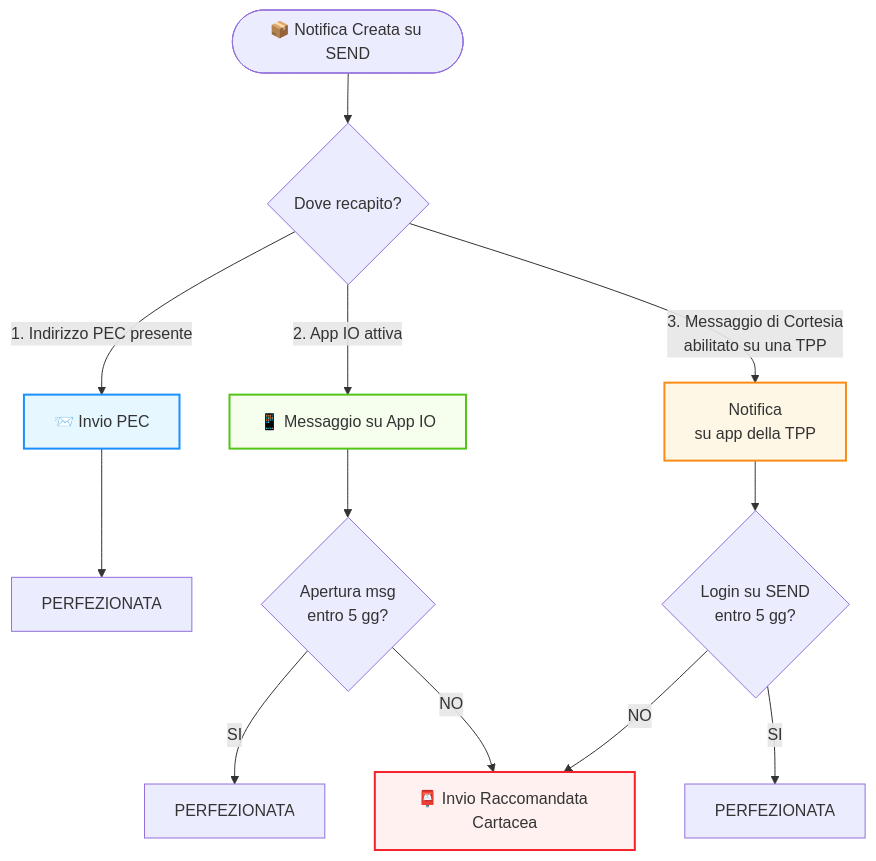
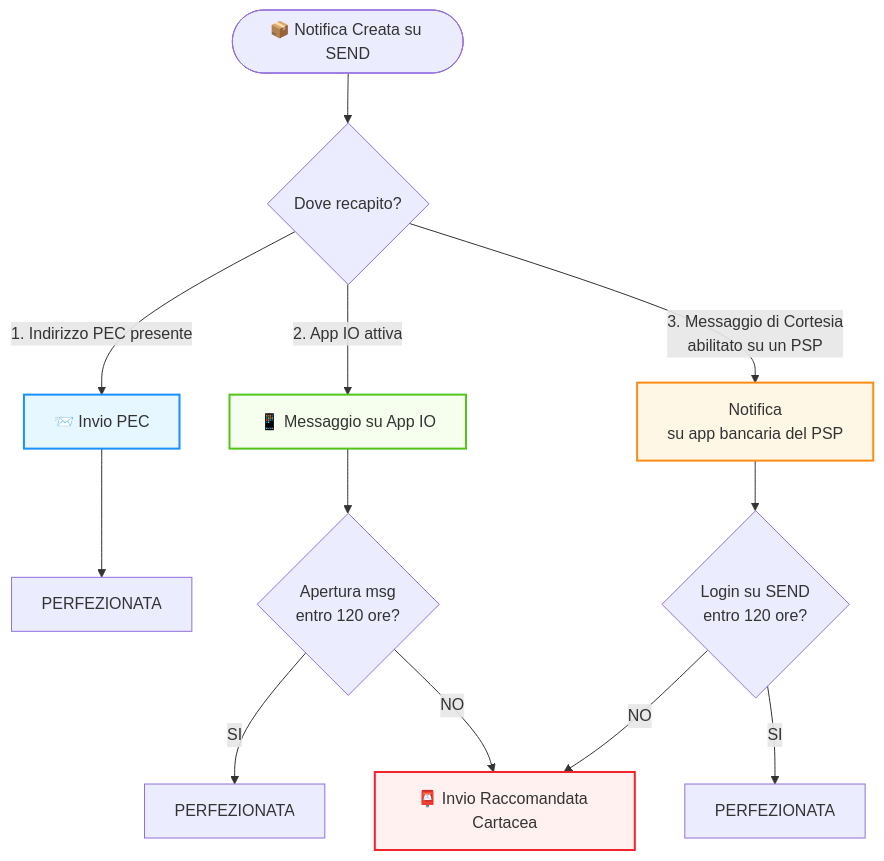
Before and after one commit to pagopa/devportal-docs: the diagram in docs/mdc/manuale-operativo/v1.0/riferimenti-normativi/09-ext-valorelegalenotifica.md, drawn with Mermaid. The commit also changed other lines of this file and 41 other files, not shown here.

````diff
--- a/docs/mdc/manuale-operativo/v1.0/riferimenti-normativi/09-ext-valorelegalenotifica.md
+++ b/docs/mdc/manuale-operativo/v1.0/riferimenti-normativi/09-ext-valorelegalenotifica.md
@@ -43,28 +36,28 @@
 ```mermaid
 flowchart TD
     %% Nodi di Partenza
     Start([📦 Notifica Creata su SEND]) --> CheckDest{Dove recapito?}
 
     %% 1. CANALE LEGALE (PEC)
     CheckDest -- 1. Indirizzo PEC presente --> PEC[📨 Invio PEC]
     PEC --> PerfPEC[PERFEZIONATA]
     style PEC fill:#e6f7ff,stroke:#1890ff,stroke-width:2px
 
     %% 2. CANALE APP IO (Speciale)
     CheckDest -- 2. App IO attiva --> AppIO[📱 Messaggio su App IO]
-    AppIO --> CheckIO{Apertura msg<br>entro 5 gg?}
+    AppIO --> CheckIO{Apertura msg<br>entro 120 ore?}
     CheckIO -- SI --> PerfIO[PERFEZIONATA]
     style AppIO fill:#f6ffed,stroke:#52c41a,stroke-width:2px
 
-    %% 3. CANALE CORTESIA TPP (Mail/SMS/Push)
-    CheckDest -- 3. Messaggio di Cortesia<br>abilitato su una TPP --> TPP[Notifica <br>su app della TPP]
-    TPP --> CheckTPP{Login su SEND<br>entro 5 gg?}
-    CheckTPP -- SI --> PerfTPP[PERFEZIONATA]
-    style TPP fill:#fff7e6,stroke:#fa8c16,stroke-width:2px
+    %% 3. CANALE CORTESIA PSP (Mail/SMS/Push)
+    CheckDest -- 3. Messaggio di Cortesia<br>abilitato su un PSP --> PSP[Notifica <br>su app bancaria del PSP]
+    PSP --> CheckPSP{Login su SEND<br>entro 120 ore?}
+    CheckPSP -- SI --> PerfPSP[PERFEZIONATA]
+    style PSP fill:#fff7e6,stroke:#fa8c16,stroke-width:2px
 
     %% FALLIMENTO (Via Cartacea)
     CheckIO -- NO --> Paper
-    CheckTPP -- NO --> Paper
+    CheckPSP -- NO --> Paper
     Paper[📮 Invio Raccomandata Cartacea]
     style Paper fill:#fff1f0,stroke:#f5222d,stroke-width:2px
 ```
````
